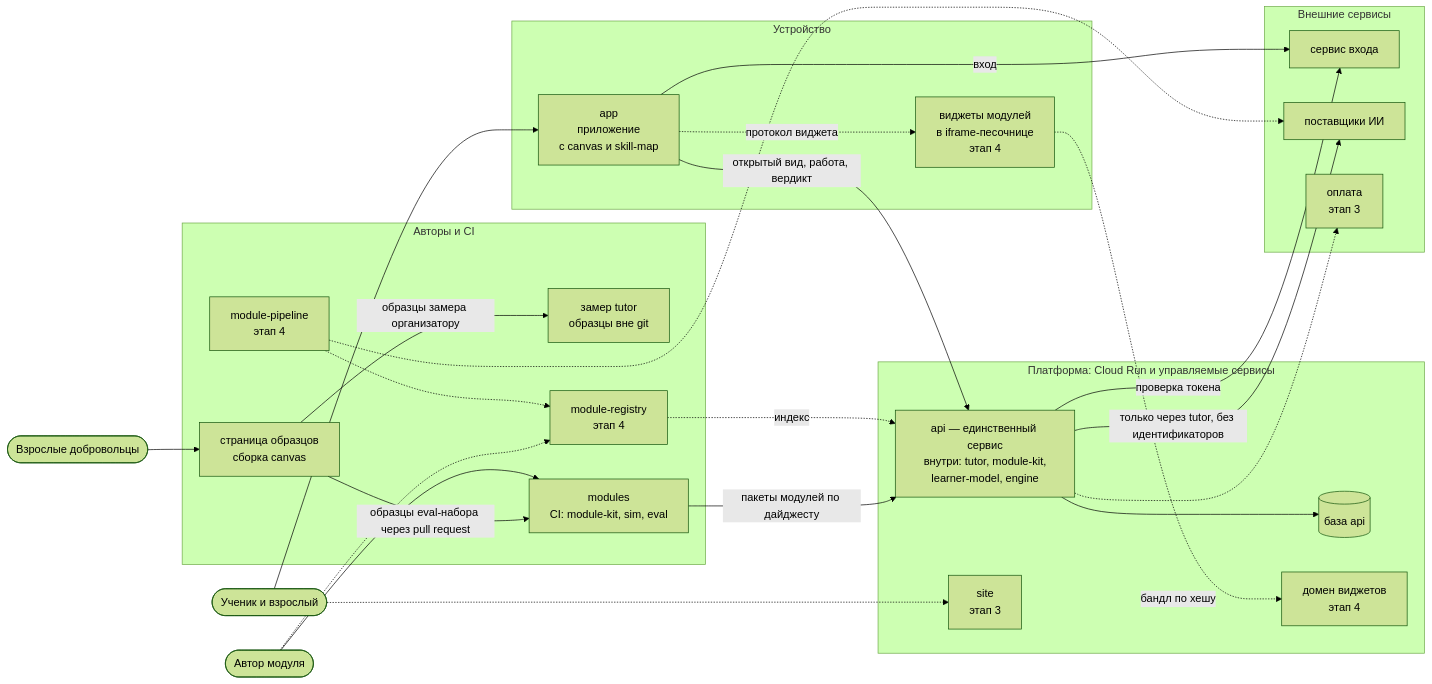
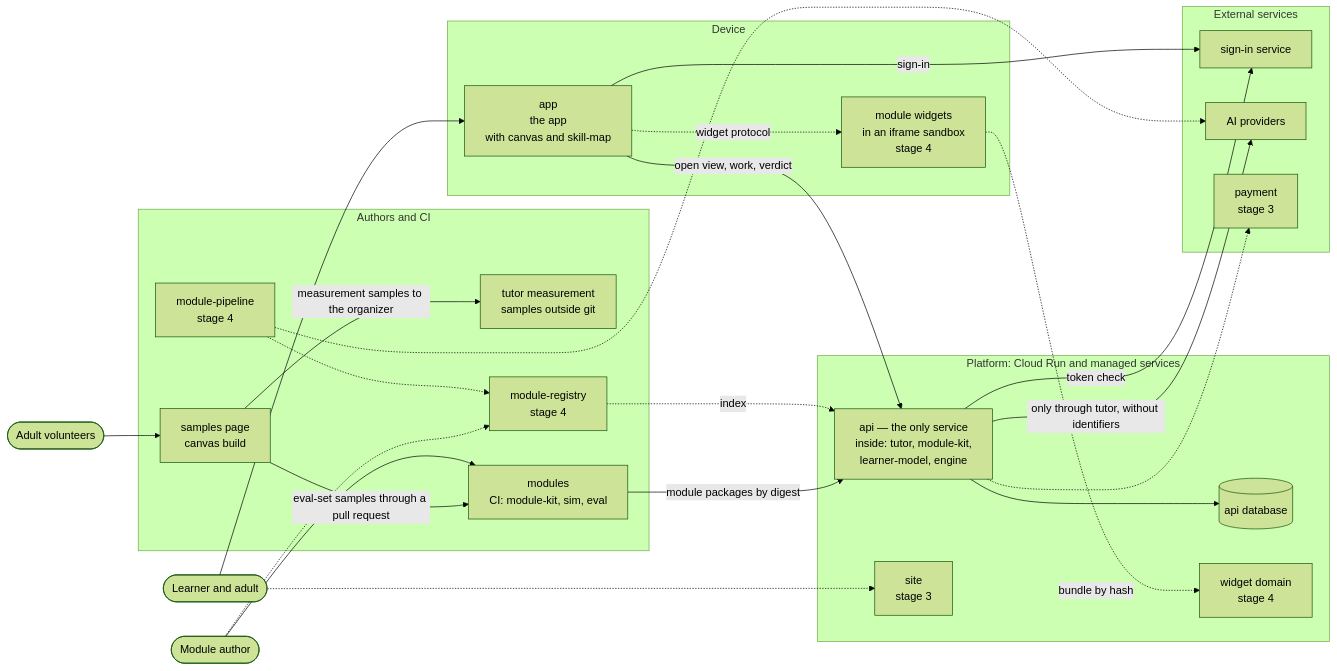
One commit to altnovatrail/spec changed the first of 2 diagrams in docs/architecture.md. Above: the diagram before and after it, drawn with Mermaid (forest theme). The commit also changed other lines of this file and 7 other files, not shown here.

Commit message:
Translate architecture, repositories, sources and measurements into English (T137)

````diff
--- a/docs/architecture.md
+++ b/docs/architecture.md
@@ -39,47 +39,47 @@
 ```mermaid
 flowchart LR
-    learner(["Ученик и взрослый"])
-    author(["Автор модуля"])
-    volunteer(["Взрослые добровольцы"])
-    subgraph device["Устройство"]
-        app["app<br/>приложение<br/>с canvas и skill-map"]
-        widget["виджеты модулей<br/>в iframe-песочнице<br/>этап 4"]
+    learner(["Learner and adult"])
+    author(["Module author"])
+    volunteer(["Adult volunteers"])
+    subgraph device["Device"]
+        app["app<br/>the app<br/>with canvas and skill-map"]
+        widget["module widgets<br/>in an iframe sandbox<br/>stage 4"]
     end
-    subgraph platform["Платформа: Cloud Run и управляемые сервисы"]
-        api["api — единственный сервис<br/>внутри: tutor, module-kit,<br/>learner-model, engine"]
-        db[("база api")]
-        wdom["домен виджетов<br/>этап 4"]
-        site["site<br/>этап 3"]
+    subgraph platform["Platform: Cloud Run and managed services"]
+        api["api — the only service<br/>inside: tutor, module-kit,<br/>learner-model, engine"]
+        db[("api database")]
+        wdom["widget domain<br/>stage 4"]
+        site["site<br/>stage 3"]
     end
-    subgraph external["Внешние сервисы"]
-        idp["сервис входа"]
-        ai["поставщики ИИ"]
-        pay["оплата<br/>этап 3"]
+    subgraph external["External services"]
+        idp["sign-in service"]
+        ai["AI providers"]
+        pay["payment<br/>stage 3"]
     end
-    subgraph authoring["Авторы и CI"]
-        samples["страница образцов<br/>сборка canvas"]
-        meas["замер tutor<br/>образцы вне git"]
+    subgraph authoring["Authors and CI"]
+        samples["samples page<br/>canvas build"]
+        meas["tutor measurement<br/>samples outside git"]
         mods["modules<br/>CI: module-kit, sim, eval"]
-        reg["module-registry<br/>этап 4"]
-        pipe["module-pipeline<br/>этап 4"]
+        reg["module-registry<br/>stage 4"]
+        pipe["module-pipeline<br/>stage 4"]
     end
     learner --> app
     learner -.-> site
-    app -->|"открытый вид, работа, вердикт"| api
-    app -->|"вход"| idp
-    app -.->|"протокол виджета"| widget
-    widget -.->|"бандл по хешу"| wdom
+    app -->|"open view, work, verdict"| api
+    app -->|"sign-in"| idp
+    app -.->|"widget protocol"| widget
+    widget -.->|"bundle by hash"| wdom
     api --> db
-    api -->|"проверка токена"| idp
-    api -->|"только через tutor, без идентификаторов"| ai
+    api -->|"token check"| idp
+    api -->|"only through tutor, without identifiers"| ai
     api -.-> pay
     volunteer --> samples
-    samples -->|"образцы eval-набора через pull request"| mods
-    samples -->|"образцы замера организатору"| meas
+    samples -->|"eval-set samples through a pull request"| mods
+    samples -->|"measurement samples to the organizer"| meas
     author --> mods
-    mods -->|"пакеты модулей по дайджесту"| api
+    mods -->|"module packages by digest"| api
     author -.-> reg
     pipe -.-> reg
     pipe -.-> ai
-    reg -.->|"индекс"| api
+    reg -.->|"index"| api
 ```
````
